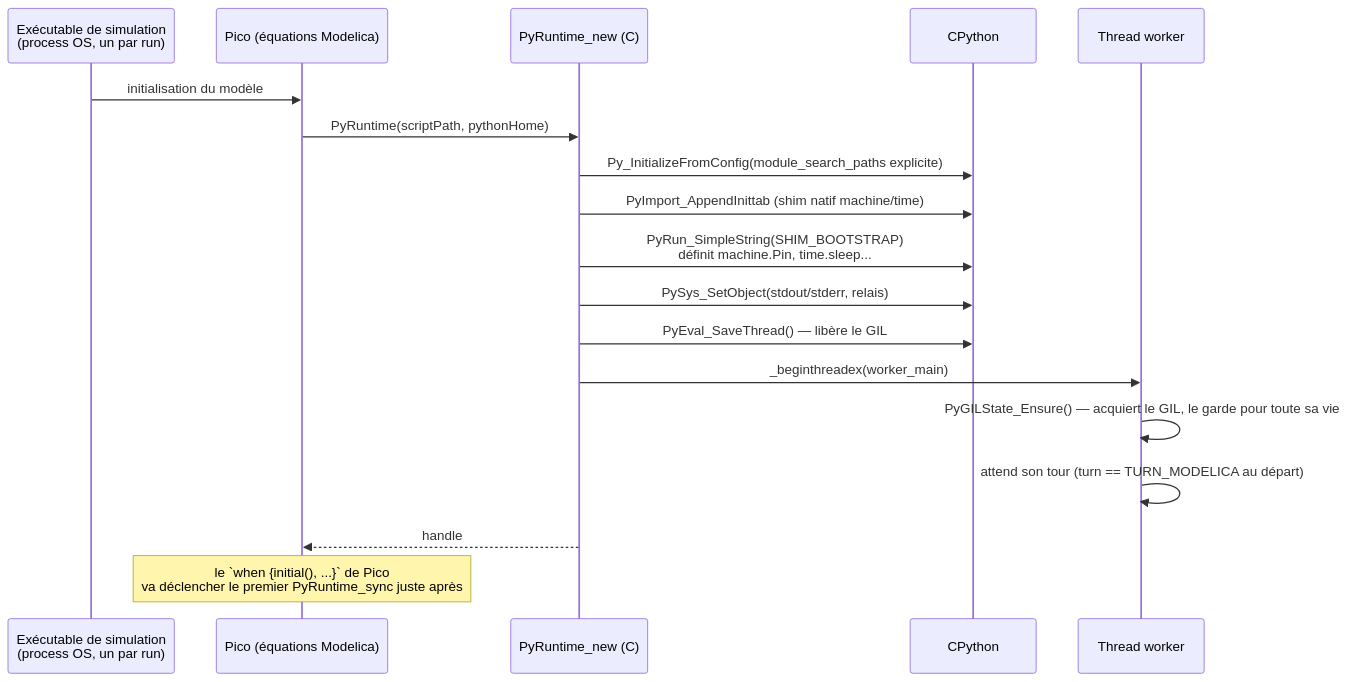
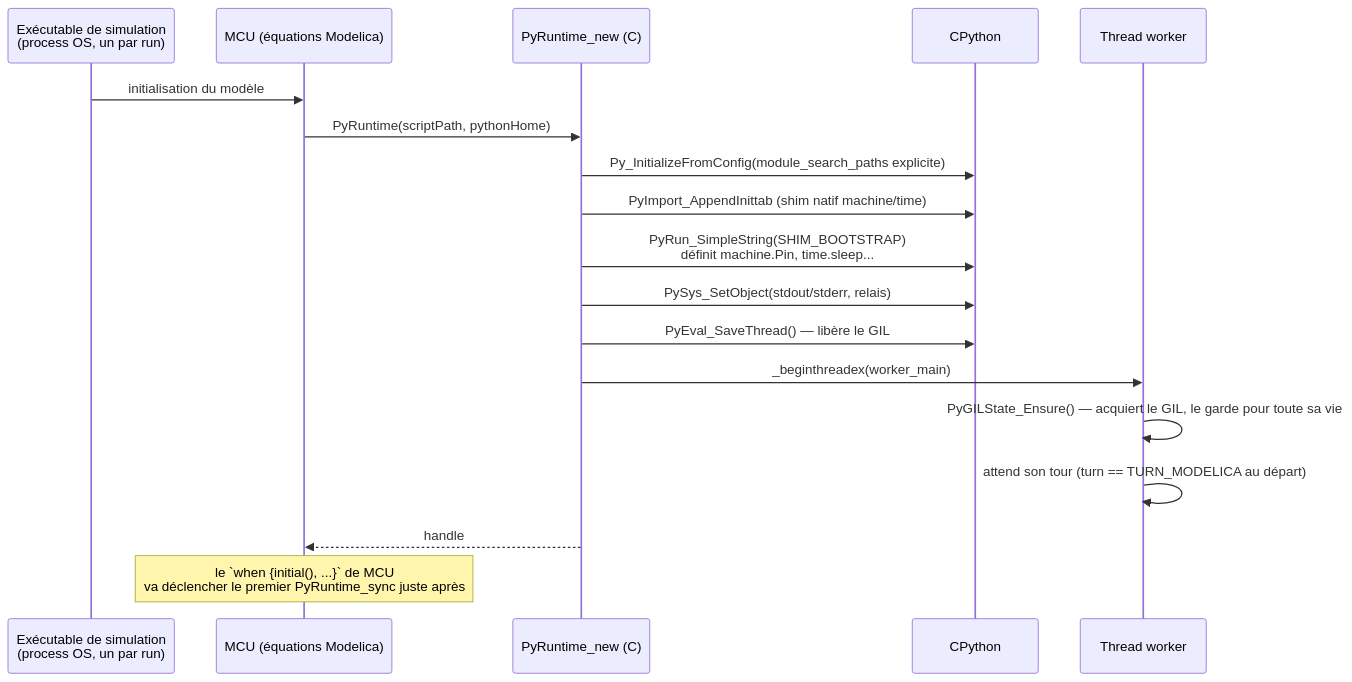
One commit to bdelaup/modelica_micropython changed the first of 3 diagrams in docs/cycle-de-vie.md. Above: the diagram before and after it, drawn with Mermaid. The commit also changed other lines of this file and 21 other files, not shown here.

````diff
--- a/docs/cycle-de-vie.md
+++ b/docs/cycle-de-vie.md
@@ -9,21 +9,21 @@
 ```mermaid
 sequenceDiagram
     participant Sim as Exécutable de simulation<br/>(process OS, un par run)
-    participant Pico as Pico (équations Modelica)
+    participant MCU as MCU (équations Modelica)
     participant Ctor as PyRuntime_new (C)
     participant CPy as CPython
     participant Worker as Thread worker
 
-    Sim->>Pico: initialisation du modèle
-    Pico->>Ctor: PyRuntime(scriptPath, pythonHome)
+    Sim->>MCU: initialisation du modèle
+    MCU->>Ctor: PyRuntime(scriptPath, pythonHome)
     Ctor->>CPy: Py_InitializeFromConfig(module_search_paths explicite)
     Ctor->>CPy: PyImport_AppendInittab (shim natif machine/time)
     Ctor->>CPy: PyRun_SimpleString(SHIM_BOOTSTRAP)<br/>définit machine.Pin, time.sleep...
     Ctor->>CPy: PySys_SetObject(stdout/stderr, relais)
     Ctor->>CPy: PyEval_SaveThread() — libère le GIL
     Ctor->>Worker: _beginthreadex(worker_main)
     Worker->>Worker: PyGILState_Ensure() — acquiert le GIL, le garde pour toute sa vie
     Worker->>Worker: attend son tour (turn == TURN_MODELICA au départ)
-    Ctor-->>Pico: handle
-    Note over Pico: le `when {initial(), ...}` de Pico<br/>va déclencher le premier PyRuntime_sync juste après
+    Ctor-->>MCU: handle
+    Note over MCU: le `when {initial(), ...}` de MCU<br/>va déclencher le premier PyRuntime_sync juste après
 ```
````
